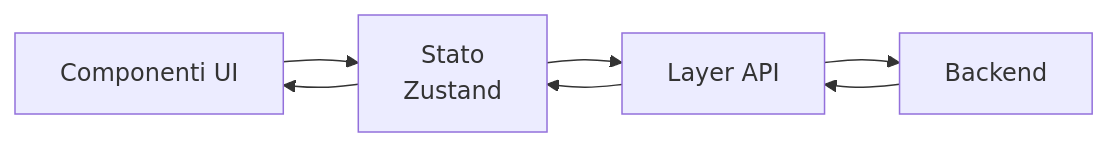
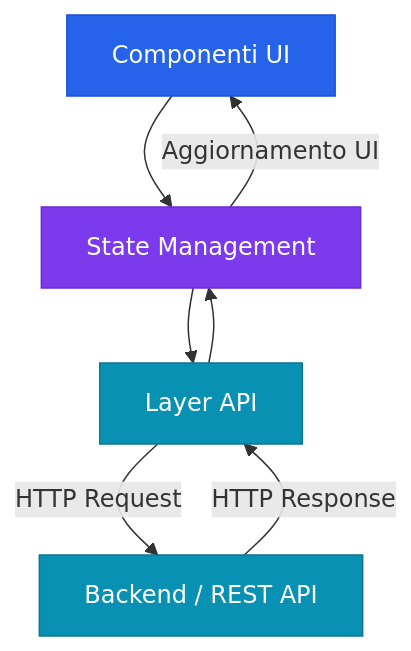
The first of 5 diagrams in README.md (leosalazar97/leosalazar97), drawn with Mermaid before and after one commit. The commit also changed other lines of this file, not shown here.

````diff
--- a/README.md
+++ b/README.md
@@ -86,9 +76,16 @@
 ```mermaid
-flowchart LR
-    A[Componenti UI] --> B[Stato<br/>Zustand]
+flowchart TD
+    A[Componenti UI] --> B[State Management]
     B --> C[Layer API]
-    C --> D[Backend]
-    D --> C
+    C -->|HTTP Request| D[Backend / REST API]
+    D -->|HTTP Response| C
     C --> B
-    B --> A
+    B -->|Aggiornamento UI| A
+
+    classDef frontend fill:#2563eb,color:#fff,stroke:#1d4ed8
+    classDef state fill:#7c3aed,color:#fff,stroke:#6d28d9
+    classDef api fill:#0891b2,color:#fff,stroke:#0e7490
+    class A frontend
+    class B state
+    class C,D api
 ```
````
